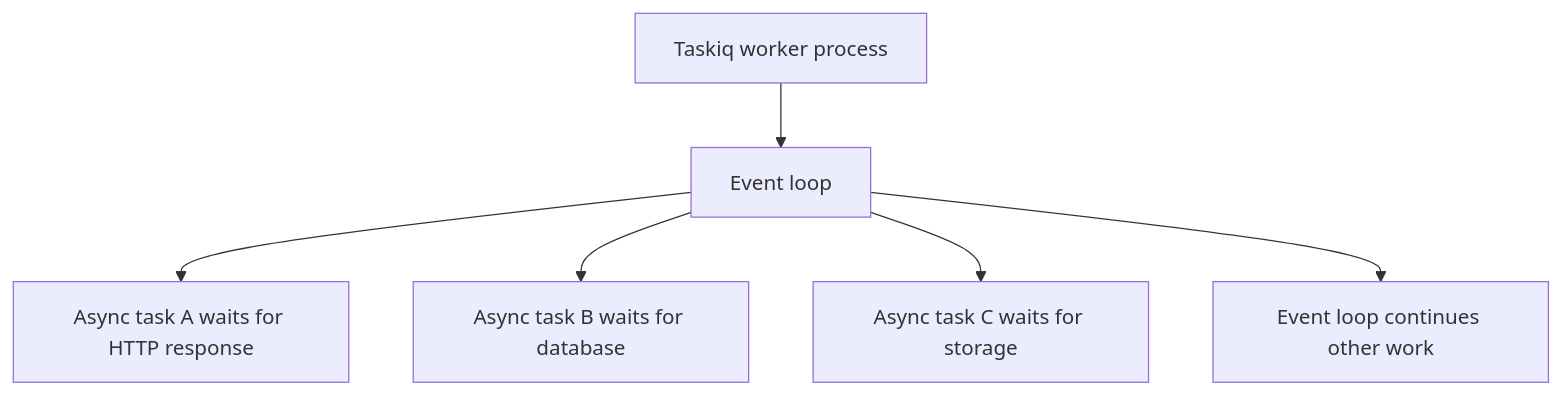
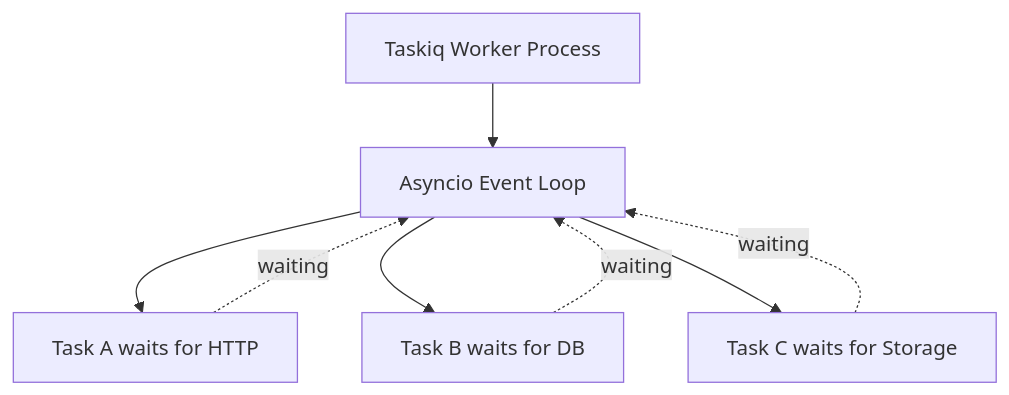
One commit to AvadhBhalodiya/Interview-Preparation changed the fourth of 8 diagrams in src/content/task-processing/celery-vs-taskiq.md. Above: the diagram before and after it, drawn with Mermaid. The commit also changed other lines of this file and 80 other files, not shown here.

````diff
--- a/src/content/task-processing/celery-vs-taskiq.md
+++ b/src/content/task-processing/celery-vs-taskiq.md
@@ -361,8 +240,10 @@
 ```mermaid
 flowchart TB
-    W[Taskiq worker process] --> L[Event loop]
-    L --> A[Async task A waits for HTTP response]
-    L --> B[Async task B waits for database]
-    L --> C[Async task C waits for storage]
-    L --> D[Event loop continues other work]
+    W[Taskiq Worker Process] --> E[Asyncio Event Loop]
+    E --> A[Task A waits for HTTP]
+    E --> B[Task B waits for DB]
+    E --> C[Task C waits for Storage]
+    A -. waiting .-> E
+    B -. waiting .-> E
+    C -. waiting .-> E
 ```
````
